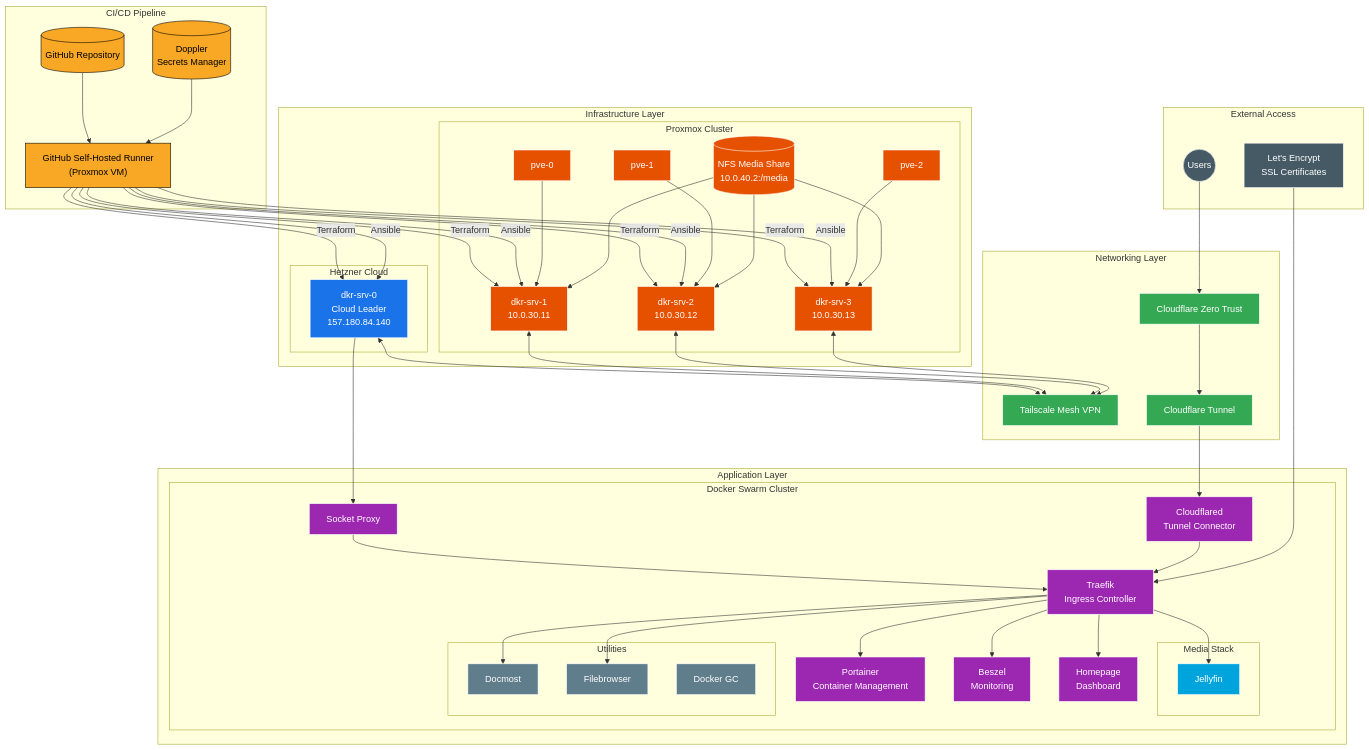
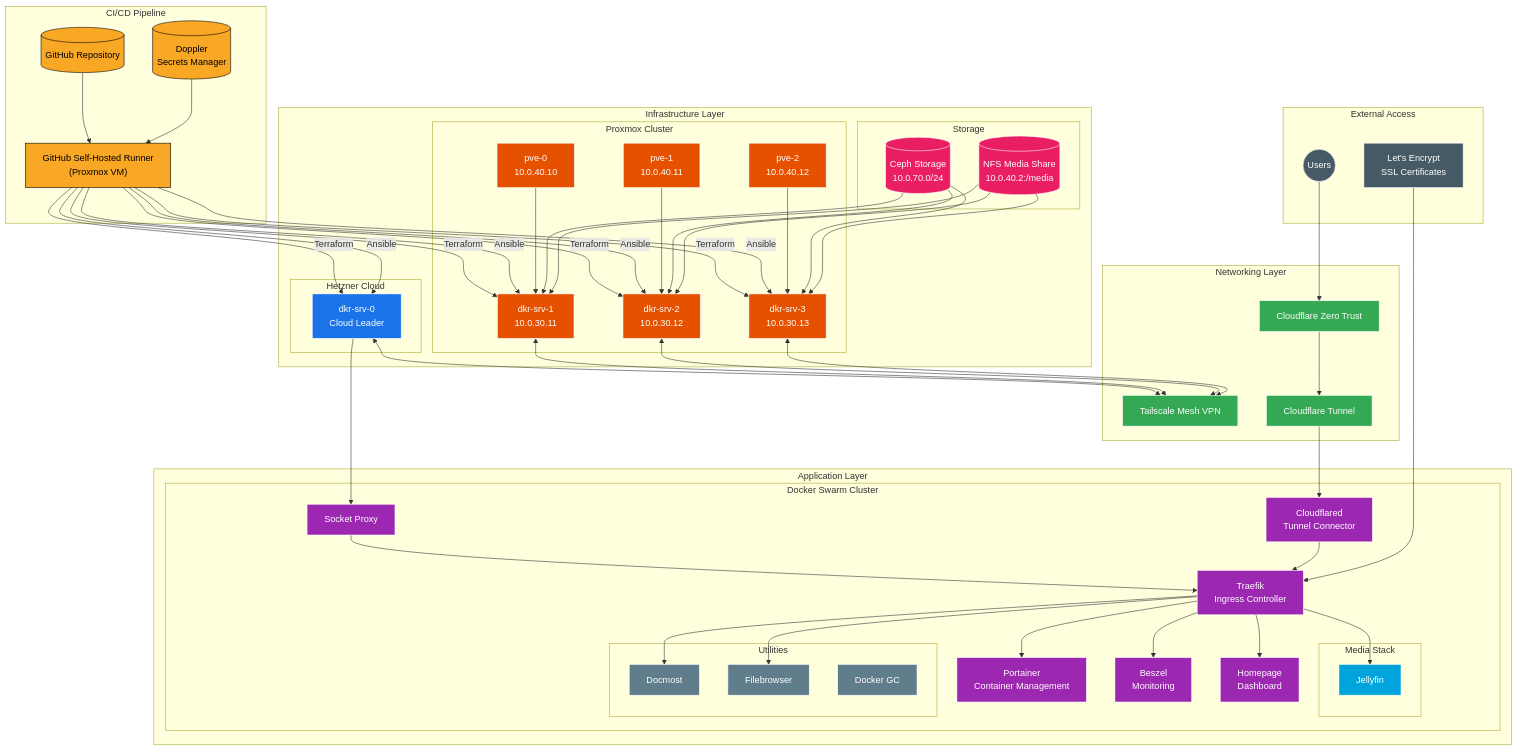
One commit to fabricesemti80/project-dockerstack-mk2 changed the first of 2 diagrams in README.md. Above: the diagram before and after it, drawn with Mermaid. The commit also changed other lines of this file and 1 other file, not shown here.

```diff
--- a/README.md
+++ b/README.md
@@ -14,16 +36,20 @@
 
     subgraph "Infrastructure Layer"
         subgraph "Hetzner Cloud"
-            DKR0["dkr-srv-0<br/>Cloud Leader<br/>157.180.84.140"]
+            DKR0["dkr-srv-0<br/>Cloud Leader"]
         end
         
         subgraph "Proxmox Cluster"
-            PVE0["pve-0"]
-            PVE1["pve-1"]
-            PVE2["pve-2"]
+            PVE0["pve-0<br/>10.0.40.10"]
+            PVE1["pve-1<br/>10.0.40.11"]
+            PVE2["pve-2<br/>10.0.40.12"]
             DKR1["dkr-srv-1<br/>10.0.30.11"]
             DKR2["dkr-srv-2<br/>10.0.30.12"]
             DKR3["dkr-srv-3<br/>10.0.30.13"]
+        end
+
+        subgraph "Storage"
+            CEPH[("Ceph Storage<br/>10.0.70.0/24")]
             NFS[("NFS Media Share<br/>10.0.40.2:/media")]
         end
     end
@@ -93,12 +119,16 @@
     USR --> CFZ
     LE --> TRF
     
+    CEPH --> DKR1
+    CEPH --> DKR2
+    CEPH --> DKR3
     NFS --> DKR1
     NFS --> DKR2
     NFS --> DKR3
 
     classDef cloud fill:#1a73e8,stroke:#fff,color:#fff
     classDef proxmox fill:#e65100,stroke:#fff,color:#fff
+    classDef storage fill:#e91e63,stroke:#fff,color:#fff
     classDef network fill:#34a853,stroke:#fff,color:#fff
     classDef app fill:#9c27b0,stroke:#fff,color:#fff
     classDef media fill:#00a4dc,stroke:#fff,color:#fff
@@ -107,7 +137,8 @@
     classDef cicd fill:#f9a825,stroke:#000,color:#000
 
     class DKR0 cloud
-    class PVE0,PVE1,PVE2,DKR1,DKR2,DKR3,NFS proxmox
+    class PVE0,PVE1,PVE2,DKR1,DKR2,DKR3 proxmox
+    class CEPH,NFS storage
     class TS,CF,CFZ network
     class SP,TRF,PTN,CFD,BZL,HP app
     class JF media
```
